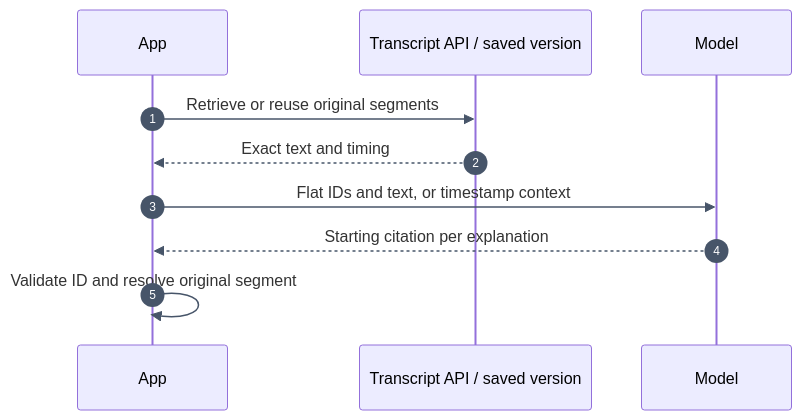
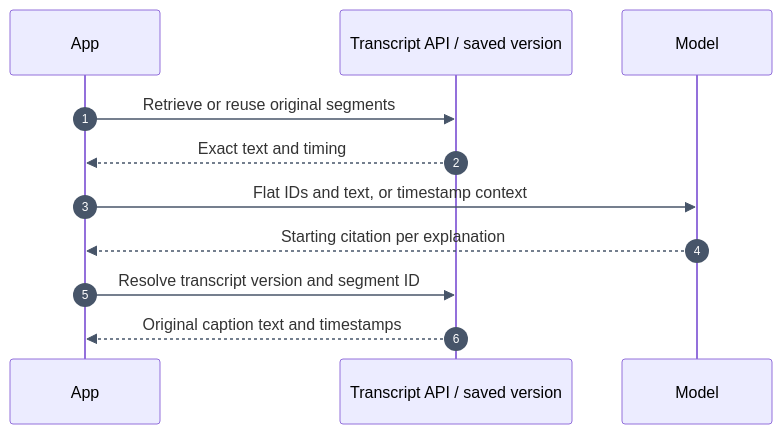
One commit to devhims/video2ctx changed the second of 3 diagrams in reference/engineering/SESSION_EVIDENCE.md. Above: the diagram before and after it, drawn with Mermaid. The commit also changed other lines of this file and 8 other files, not shown here.

Commit message:
refactor: resolve transcript citations from original assets

````diff
--- a/reference/engineering/SESSION_EVIDENCE.md
+++ b/reference/engineering/SESSION_EVIDENCE.md
@@ -116,13 +116,14 @@
 ```mermaid
 %%{init: {"themeVariables": {"sequenceNumberColor": "#ffffff", "signalColor": "#475569"}}}%%
 sequenceDiagram
     autonumber
     participant App
     participant Store as Transcript API / saved version
     participant Model
     App->>Store: Retrieve or reuse original segments
     Store-->>App: Exact text and timing
     App->>Model: Flat IDs and text, or timestamp context
     Model-->>App: Starting citation per explanation
-    App->>App: Validate ID and resolve original segment
+    App->>Store: Resolve transcript version and segment ID
+    Store-->>App: Original caption text and timestamps
 ```
````
